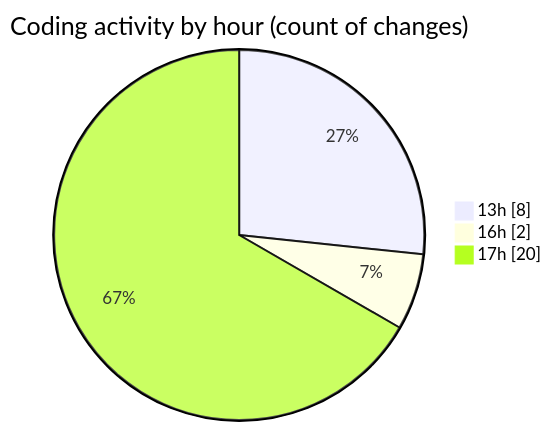
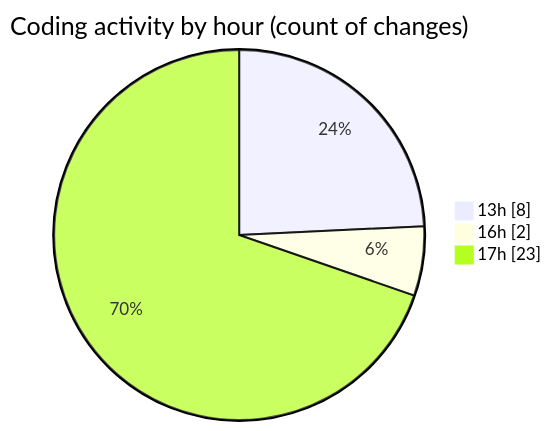
One commit to nxtqubesakshisongat/code-tracking changed the second of 2 diagrams in 2025-12-10/nxtqube_webapp/README.md. Above: the diagram before and after it, drawn with Mermaid. The commit also changed other lines of this file and 1 other file, not shown here.

````diff
--- a/2025-12-10/nxtqube_webapp/README.md
+++ b/2025-12-10/nxtqube_webapp/README.md
@@ -30,7 +30,7 @@
 ```mermaid
 pie showData
 title Coding activity by hour (count of changes)
 "13h" : 8
 "16h" : 2
-"17h" : 20
+"17h" : 23
 ```
````
